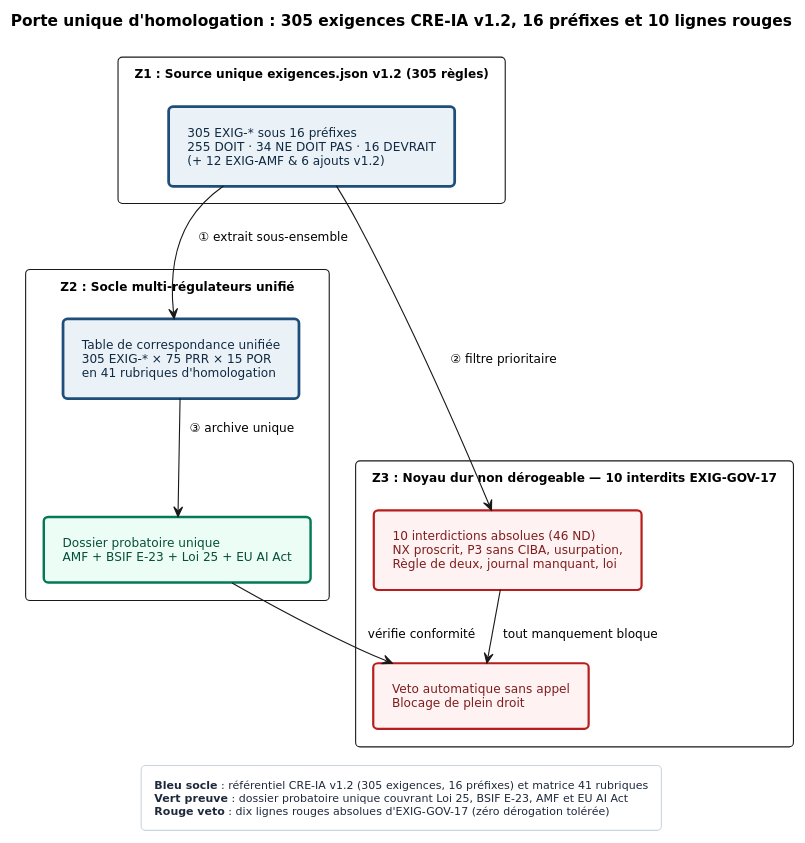
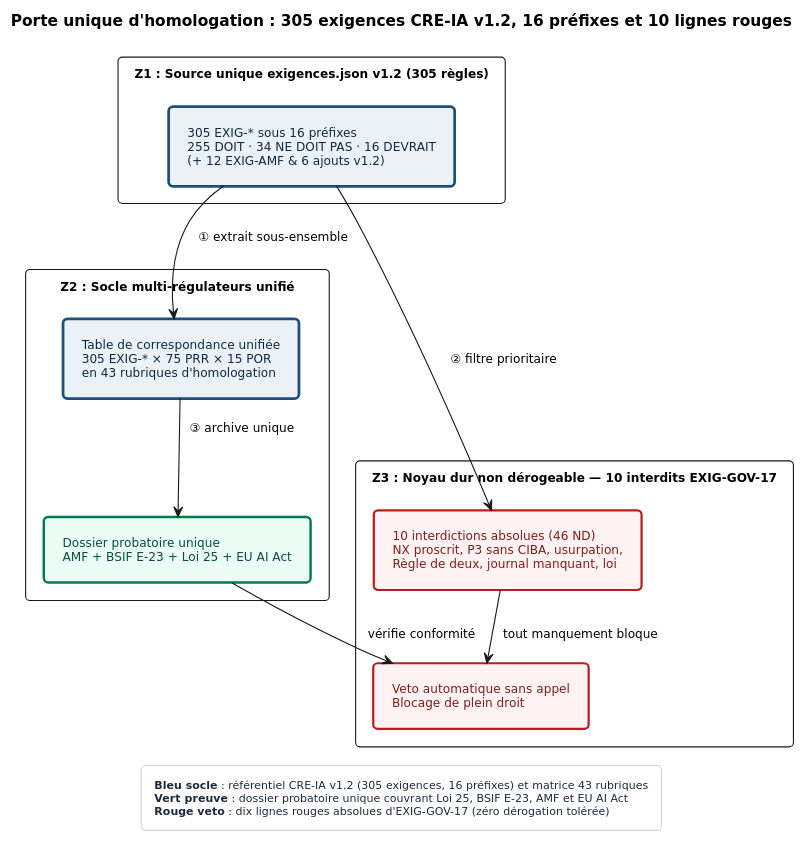
The diagram in Sources/Compendium/ouvrage/schemas/SCH-34-01.puml (agbruneau/Agentique), drawn with PlantUML before and after one commit. The commit also changed 121 other files, not shown here.

```diff
--- a/Sources/Compendium/ouvrage/schemas/SCH-34-01.puml
+++ b/Sources/Compendium/ouvrage/schemas/SCH-34-01.puml
@@ -1,83 +1,83 @@
 @startuml
 <style>
 document {
   BackgroundColor #FFFFFF
 }
 .det {
   BackgroundColor #EBF2F7
   LineColor #1E4E79
   LineThickness 2.5
   FontColor #0F2942
 }
 .prob {
   BackgroundColor #FFF5E0
   LineColor #B45309
   LineThickness 2.0
   LineStyle 5
   FontColor #451A03
 }
 .danger {
   BackgroundColor #FEF2F2
   LineColor #B91C1C
   LineThickness 2.0
   FontColor #7F1D1D
 }
 .ok {
   BackgroundColor #ECFDF5
   LineColor #047857
   LineThickness 2.2
   FontColor #064E3B
 }
 .ext {
   BackgroundColor #F3F4F6
   LineColor #4B5563
   LineThickness 1.5
   FontColor #111827
 }
 package {
   BackgroundColor #F8FAFC
   LineColor #64748B
   LineThickness 1.2
   FontColor #334155
 }
 legend {
   BackgroundColor #FFFFFF
   LineColor #CBD5E1
   FontColor #1E293B
   FontSize 10
 }
 </style>
 hide stereotype
 top to bottom direction
 skinparam defaultFontName "DejaVu Sans"
 skinparam defaultFontSize 11
 skinparam shadowing false
 skinparam roundcorner 8
 skinparam packageStyle rectangle
 skinparam nodesep 22
 skinparam ranksep 26
 skinparam padding 7
 
 title Porte unique d'homologation : 305 exigences CRE-IA v1.2, 16 préfixes et 10 lignes rouges
 package "Z1 : Source unique exigences.json v1.2 (305 règles)" {
   rectangle "305 EXIG-* sous 16 préfixes\n255 DOIT · 34 NE DOIT PAS · 16 DEVRAIT\n(+ 12 EXIG-AMF & 6 ajouts v1.2)" as EXIG <<det>>
 }
 package "Z2 : Socle multi-régulateurs unifié" {
-  rectangle "Table de correspondance unifiée\n305 EXIG-* × 75 PRR × 15 POR\nen 41 rubriques d'homologation" as MAP <<det>>
+  rectangle "Table de correspondance unifiée\n305 EXIG-* × 75 PRR × 15 POR\nen 43 rubriques d'homologation" as MAP <<det>>
   rectangle "Dossier probatoire unique\nAMF + BSIF E-23 + Loi 25 + EU AI Act" as DOSS <<ok>>
 }
 package "Z3 : Noyau dur non dérogeable — 10 interdits EXIG-GOV-17" {
   rectangle "10 interdictions absolues (46 ND)\nNX proscrit, P3 sans CIBA, usurpation,\nRègle de deux, journal manquant, loi" as GOV17 <<danger>>
   rectangle "Veto automatique sans appel\nBlocage de plein droit" as VETO <<danger>>
 }
 EXIG --> MAP : ① extrait sous-ensemble
 MAP --> DOSS : ③ archive unique
 EXIG --> GOV17 : ② filtre prioritaire
 GOV17 --> VETO : tout manquement bloque
 DOSS --> VETO : vérifie conformité
 legend bottom
-  **Bleu socle** : référentiel CRE-IA v1.2 (305 exigences, 16 préfixes) et matrice 41 rubriques
+  **Bleu socle** : référentiel CRE-IA v1.2 (305 exigences, 16 préfixes) et matrice 43 rubriques
   **Vert preuve** : dossier probatoire unique couvrant Loi 25, BSIF E-23, AMF et EU AI Act
   **Rouge veto** : dix lignes rouges absolues d'EXIG-GOV-17 (zéro dérogation tolérée)
 end legend
 @enduml
```
